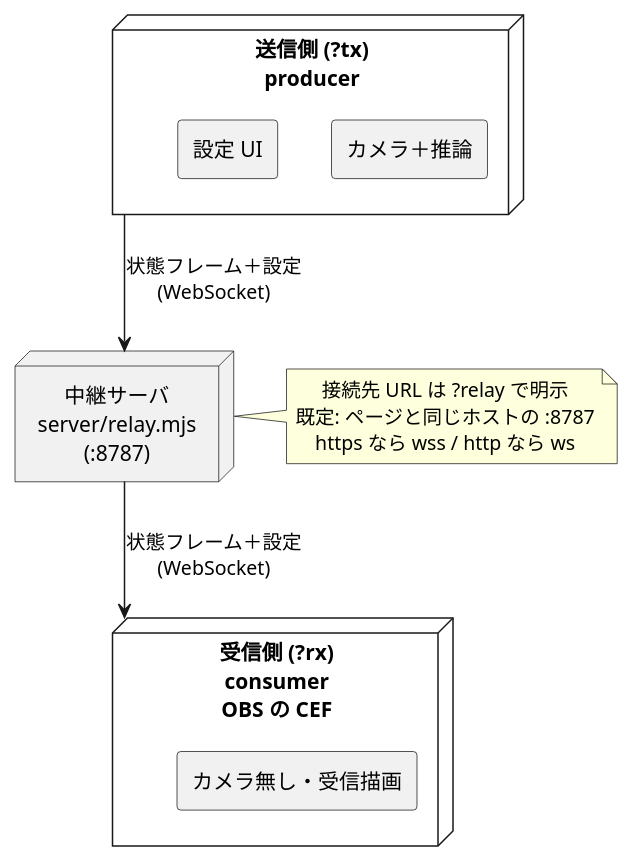
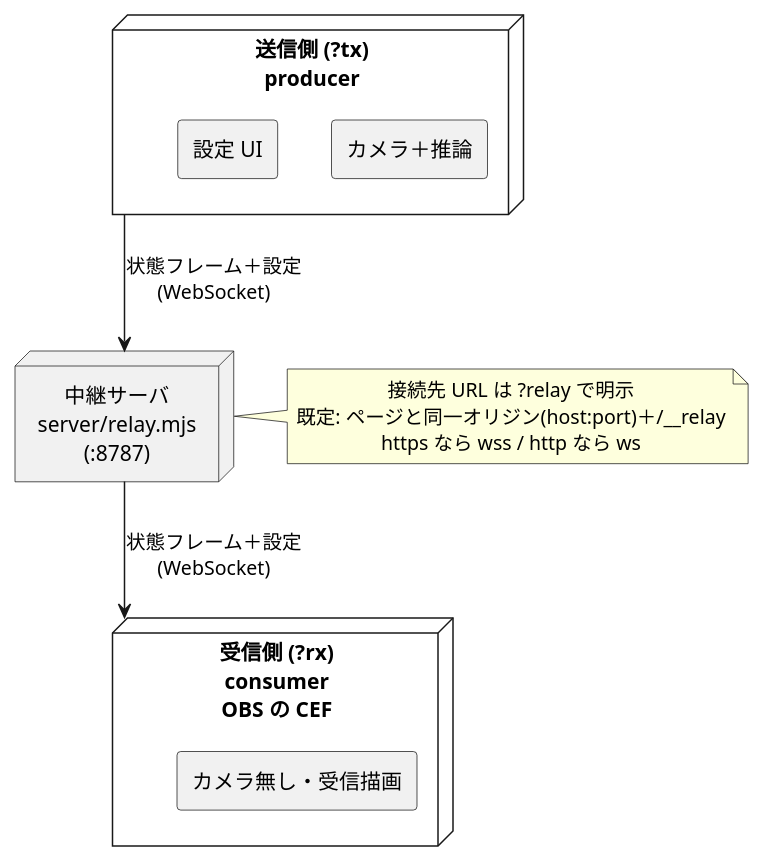
One commit to tommie-jp/tomari-guruguru changed the diagram in docs-camera/16-URLパラメータ一覧.md. Above: the diagram before and after it, drawn with PlantUML. The commit also changed other lines of this file and 3 other files, not shown here.

````diff
--- a/docs-camera/16-URLパラメータ一覧.md
+++ b/docs-camera/16-URLパラメータ一覧.md
@@ -27,27 +27,27 @@
 ```plantuml
 @startuml
 skinparam shadowing false
 skinparam componentStyle rectangle
 skinparam defaultTextAlignment center
 
 node "送信側 (?tx)\nproducer" as TX {
   [カメラ＋推論]
   [設定 UI]
 }
 
 node "中継サーバ\nserver/relay.mjs\n(:8787)" as RELAY
 
 node "受信側 (?rx)\nconsumer\nOBS の CEF" as RX {
   [カメラ無し・受信描画]
 }
 
 TX -down-> RELAY : 状態フレーム＋設定\n(WebSocket)
 RELAY -down-> RX : 状態フレーム＋設定\n(WebSocket)
 
 note right of RELAY
   接続先 URL は ?relay で明示
-  既定: ページと同じホストの :8787
+  既定: ページと同一オリジン(host:port)＋/__relay
   https なら wss / http なら ws
 end note
 @enduml
 ```
````
